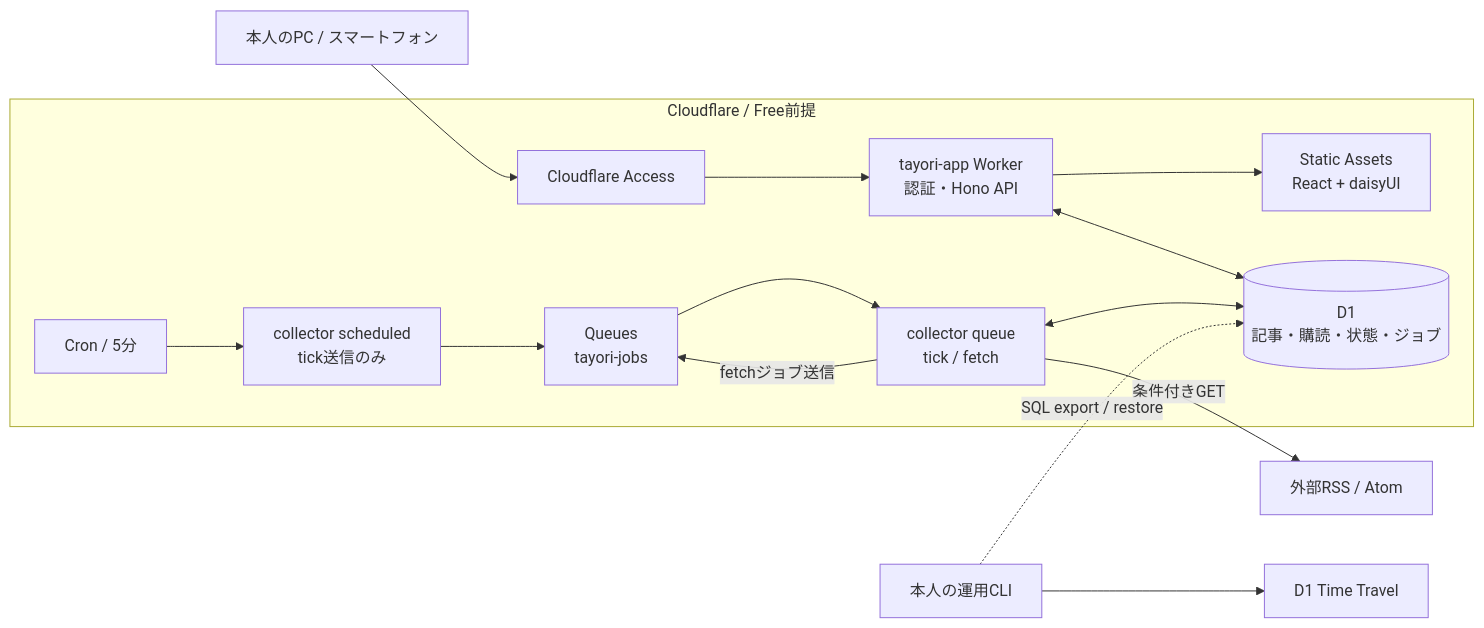
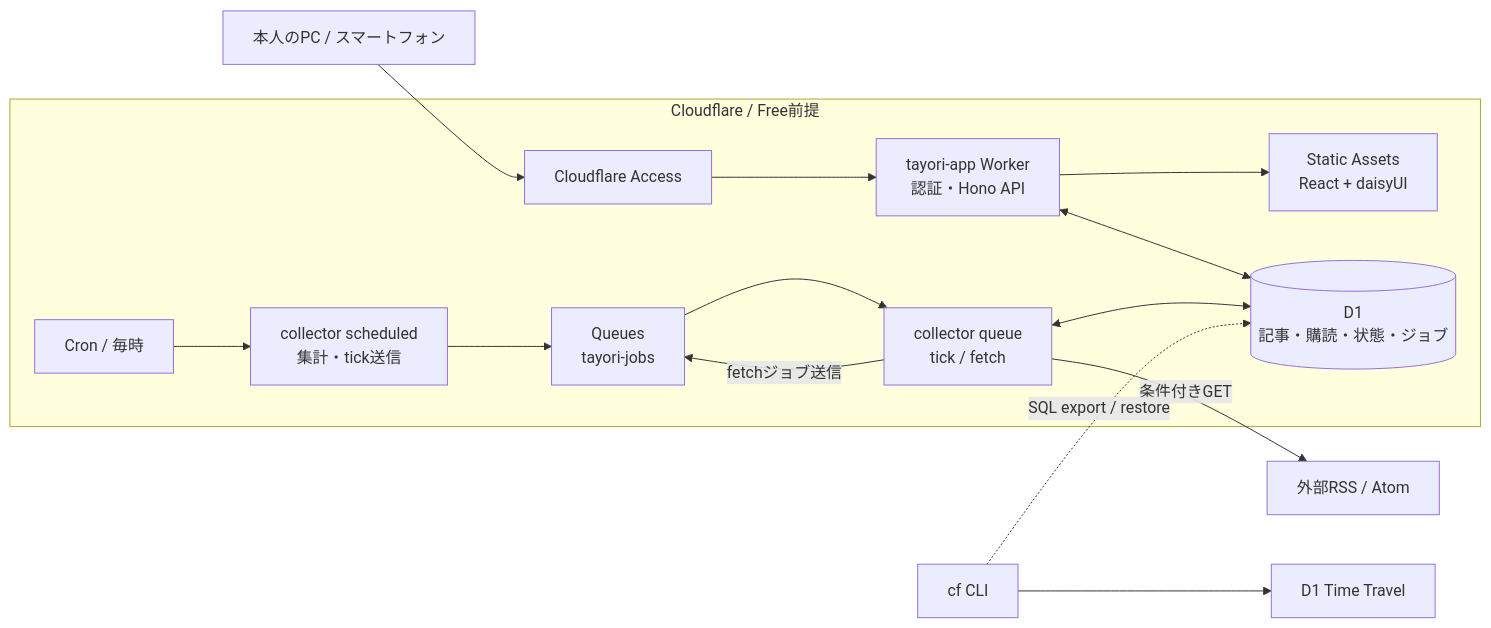
One commit to moz-sec/tayori changed the diagram in docs/03-architecture.md. Above: the diagram before and after it, drawn with Mermaid. The commit also changed other lines of this file and 18 other files, not shown here.

````diff
--- a/docs/03-architecture.md
+++ b/docs/03-architecture.md
@@ -7,23 +7,23 @@
 ```mermaid
 flowchart LR
     U["本人のPC / スマートフォン"] --> A["Cloudflare Access"]
     subgraph CF["Cloudflare / Free前提"]
         A --> W["tayori-app Worker
 認証・Hono API"]
         W --> S["Static Assets
 React + daisyUI"]
         W <--> D[("D1
 記事・購読・状態・ジョブ")]
-        C["Cron / 5分"] --> H["collector scheduled
-tick送信のみ"]
+        C["Cron / 毎時"] --> H["collector scheduled
+集計・tick送信"]
         H --> Q["Queues
 tayori-jobs"]
         Q --> F["collector queue
 tick / fetch"]
         F -->|"fetchジョブ送信"| Q
         F <--> D
     end
     F -->|"条件付きGET"| E["外部RSS / Atom"]
-    O["本人の運用CLI"] -. "SQL export / restore" .-> D
+    O["cf CLI"] -. "SQL export / restore" .-> D
     O --> B["D1 Time Travel"]
 ```
````
